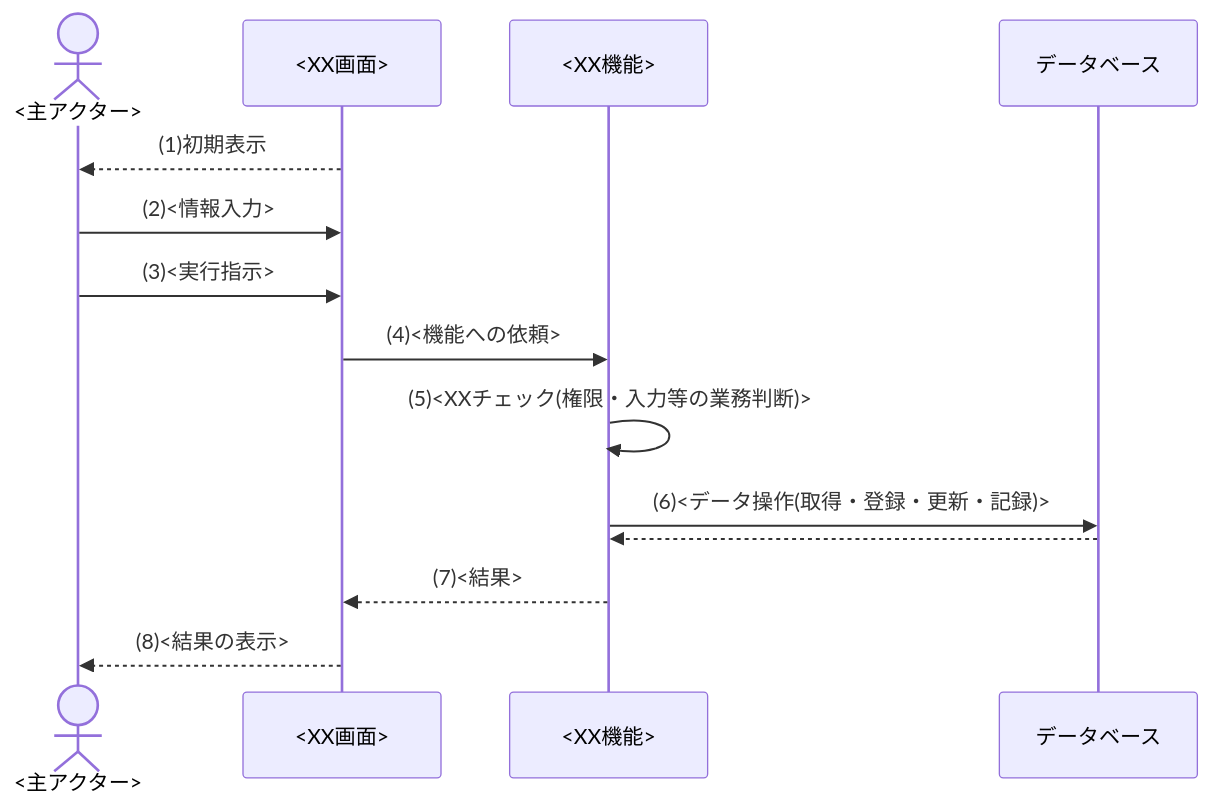
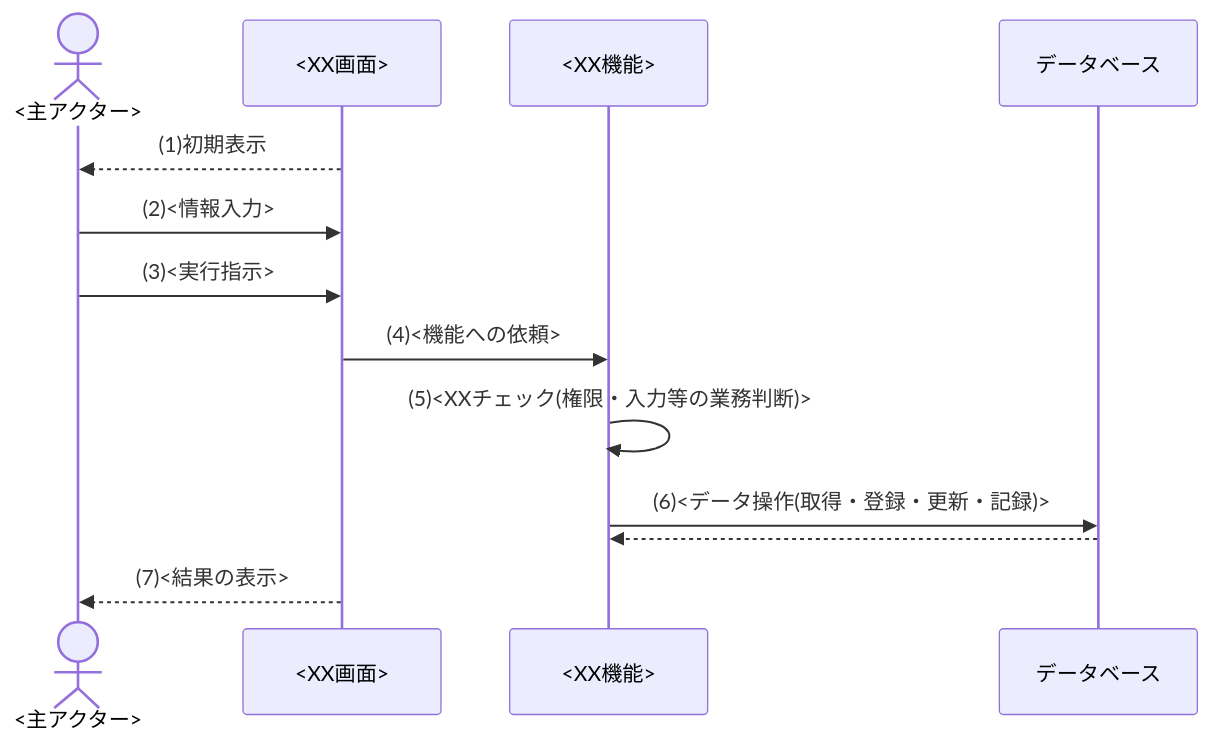
Before and after one commit to sikakou54/system-document-template: the first of 4 diagrams in テンプレート/02_機能要件.md, drawn with Mermaid. The commit also changed other lines of this file and 4 other files, not shown here.

````diff
--- a/テンプレート/02_機能要件.md
+++ b/テンプレート/02_機能要件.md
@@ -144,16 +144,15 @@
 ```mermaid
 sequenceDiagram
     actor U as <主アクター>
     participant SCR as <XX画面>
     participant FUNC as <XX機能>
     participant DB as データベース
     SCR-->>U: (1)初期表示
     U->>SCR: (2)<情報入力>
     U->>SCR: (3)<実行指示>
     SCR->>FUNC: (4)<機能への依頼>
     FUNC->>FUNC: (5)<XXチェック(権限・入力等の業務判断)>
     FUNC->>DB: (6)<データ操作(取得・登録・更新・記録)>
     DB-->>FUNC:
-    FUNC-->>SCR: (7)<結果>
-    SCR-->>U: (8)<結果の表示>
+    SCR-->>U: (7)<結果の表示>
 ```
````
